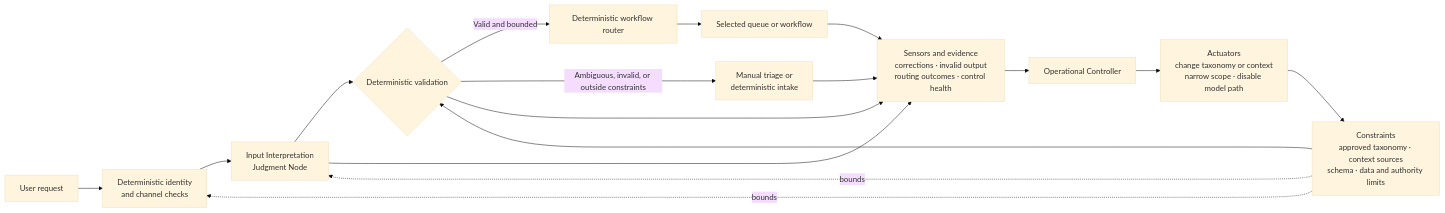
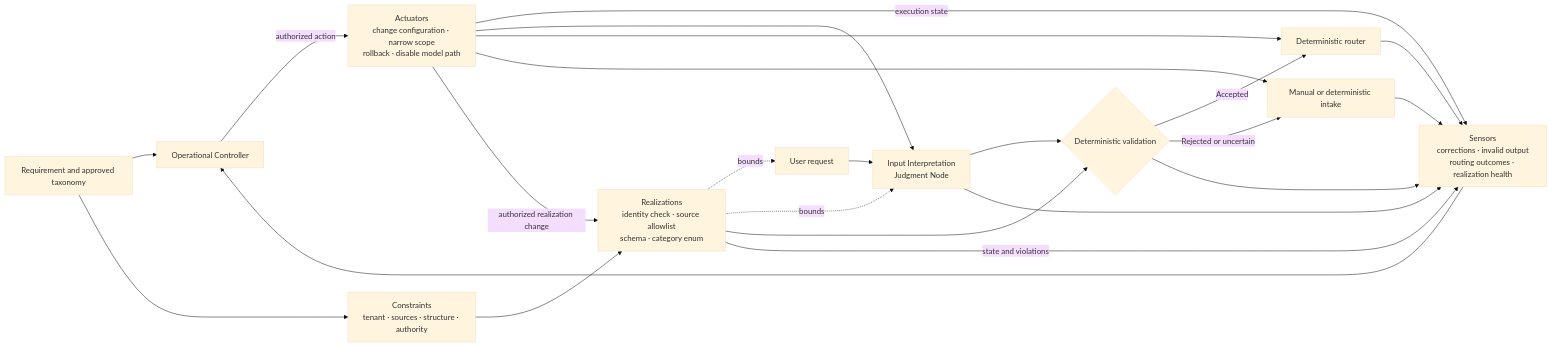
Before and after one commit to UncertaintyArchitectureGroup/uncertainty-architecture: the first of 4 diagrams in 03-reference-architectures/judgment-placement-examples.md, drawn with Mermaid (base theme). The commit also changed other lines of this file, not shown here.

````diff
--- a/03-reference-architectures/judgment-placement-examples.md
+++ b/03-reference-architectures/judgment-placement-examples.md
@@ -76,28 +79,35 @@
 ```mermaid
 flowchart LR
+    R[Requirement and approved taxonomy]
+    K[Constraints<br/>tenant · sources · structure · authority]
+    KR[Realizations<br/>identity check · source allowlist<br/>schema · category enum]
     U[User request]
-    AUTH[Deterministic identity<br/>and channel checks]
-    K[Constraints<br/>approved taxonomy · context sources<br/>schema · data and authority limits]
     J[Input Interpretation<br/>Judgment Node]
     V{Deterministic validation}
-    R[Deterministic workflow router]
-    Q[Selected queue or workflow]
-    F[Manual triage or<br/>deterministic intake]
-    S[Sensors and evidence<br/>corrections · invalid output<br/>routing outcomes · control health]
+    Q[Deterministic router]
+    F[Manual or deterministic intake]
+    S[Sensors<br/>corrections · invalid output<br/>routing outcomes · realization health]
     C[Operational Controller]
-    A[Actuators<br/>change taxonomy or context<br/>narrow scope · disable model path]
+    A[Actuators<br/>change configuration · narrow scope<br/>rollback · disable model path]
 
-    U --> AUTH --> J
-    K -. bounds .-> AUTH
-    K -. bounds .-> J
-    J --> V
-    K --> V
-    V -->|Valid and bounded| R --> Q
-    V -->|Ambiguous, invalid, or outside constraints| F
+    R --> C
+    R --> K --> KR
+    KR -. bounds .-> U
+    KR -. bounds .-> J
+    U --> J --> V
+    KR --> V
+    V -->|Accepted| Q
+    V -->|Rejected or uncertain| F
     J --> S
     V --> S
     Q --> S
     F --> S
-    S --> C --> A
-    A --> K
+    KR -->|state and violations| S
+    A -->|execution state| S
+    S --> C
+    C -->|authorized action| A
+    A --> J
+    A --> Q
+    A --> F
+    A -->|authorized realization change| KR
 ```
````
